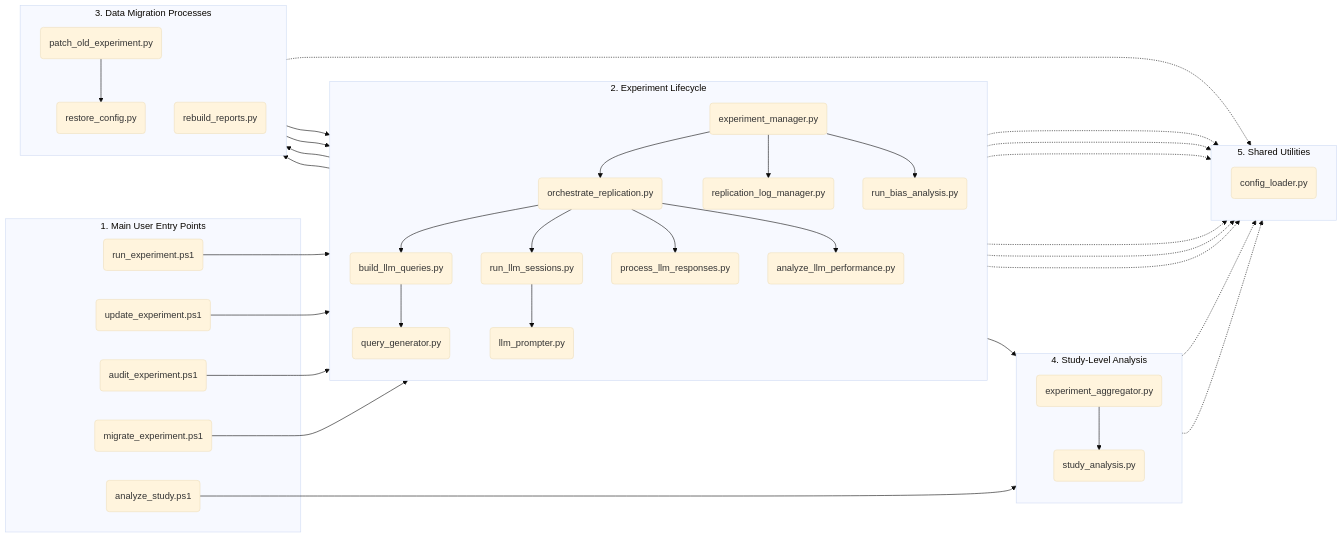
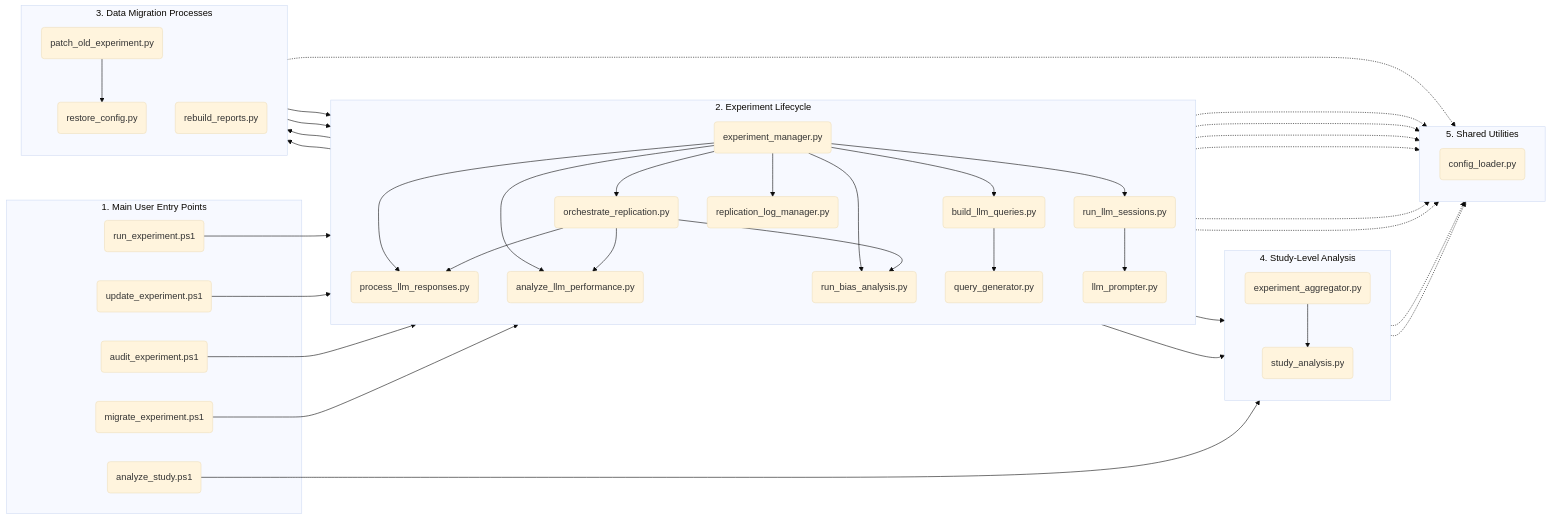
One commit to peterjmarko/llm-narrative-framework changed the diagram in docs/diagrams/codebase_architecture.mmd. Above: the diagram before and after it, drawn with Mermaid (base theme). The commit also changed 8 other files, not shown here.

```diff
--- a/docs/diagrams/codebase_architecture.mmd
+++ b/docs/diagrams/codebase_architecture.mmd
@@ -1,86 +1,90 @@
 graph LR
     %% Main User Entry Points (Leftmost column)
     subgraph "1. Main User Entry Points"
         ps_run_exp("run_experiment.ps1")
         ps_update_exp("update_experiment.ps1")
         ps_audit_exp("audit_experiment.ps1")
         ps_migrate("migrate_experiment.ps1")
         ps_analyze_study("analyze_study.ps1")
     end
 
     %% Experiment Lifecycle (Central, main activities)
     subgraph "2. Experiment Lifecycle"
         direction TB
         exp_manager("experiment_manager.py")
         orchestrate("orchestrate_replication.py")
         build_queries("build_llm_queries.py")
         run_sessions("run_llm_sessions.py")
         process_responses("process_llm_responses.py")
         analyze_perf("analyze_llm_performance.py")
         log_manager("replication_log_manager.py")
         run_bias_analysis("run_bias_analysis.py")
         llm_prompter("llm_prompter.py")
         query_gen_util("query_generator.py")
     end
 
     %% Data Migration Processes (Above Experiment Lifecycle, called by exp_manager)
     subgraph "3. Data Migration Processes"
         direction TB
         patch_old("patch_old_experiment.py")
         restore_config("restore_config.py")
         rebuild_reports("rebuild_reports.py")
         patch_old --> restore_config
     end
     
     %% Study-Level Analysis (Below Experiment Lifecycle, final aggregation)
     subgraph "4. Study-Level Analysis"
         direction TB
         aggregator("experiment_aggregator.py")
         study_analyzer("study_analysis.py")
         aggregator --> study_analyzer
     end
 
     %% Shared Utilities (Positioned to reduce clutter, often below or to the right)
     subgraph "5. Shared Utilities"
         direction TB
         config_loader("config_loader.py")
     end
 
     %% --- Define Relationships ---
     %% PowerShell to Python Entry Points (Solid: Execution)
     ps_run_exp --> exp_manager
     ps_update_exp --> exp_manager
     ps_audit_exp --> exp_manager
     ps_migrate --> exp_manager
     ps_analyze_study --> aggregator
     
     %% Experiment Manager's calls (Solid: Execution)
+    exp_manager --> build_queries
+    exp_manager --> run_sessions
+    exp_manager --> process_responses
+    exp_manager --> analyze_perf
+    exp_manager --> run_bias_analysis
+    exp_manager --> aggregator
     exp_manager --> orchestrate
     exp_manager --> log_manager
-    exp_manager --> run_bias_analysis
-    exp_manager --> aggregator        
-    exp_manager --> patch_old         
-    exp_manager --> rebuild_reports   
+    exp_manager --> patch_old
+    exp_manager --> rebuild_reports
 
-    %% Core Replication Pipeline flow (Solid: Execution)
-    orchestrate --> build_queries
-    orchestrate --> run_sessions
+    %% Orchestrator's role (now primarily for reprocessing)
     orchestrate --> process_responses
     orchestrate --> analyze_perf
+    orchestrate --> run_bias_analysis
+    orchestrate --> aggregator
 
     %% Utility dependencies (Solid: Execution)
     build_queries --> query_gen_util
     run_sessions --> llm_prompter
     rebuild_reports --> process_responses
     rebuild_reports --> analyze_perf
 
     %% Shared Utility Imports (Dotted: Import/Dependency)
     exp_manager -.-> config_loader
     orchestrate -.-> config_loader
     aggregator -.-> config_loader
     study_analyzer -.-> config_loader
     rebuild_reports -.-> config_loader
     query_gen_util -.-> config_loader
     llm_prompter -.-> config_loader
     analyze_perf -.-> config_loader
     process_responses -.-> config_loader
```
